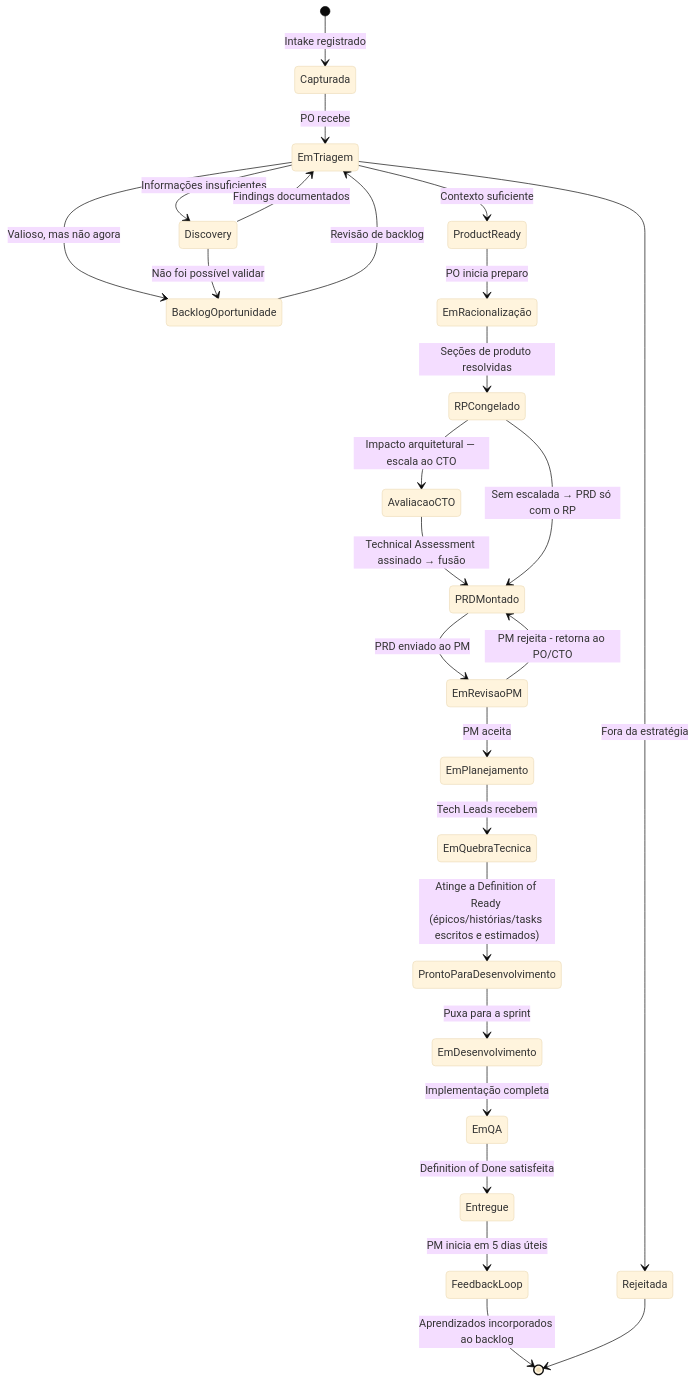
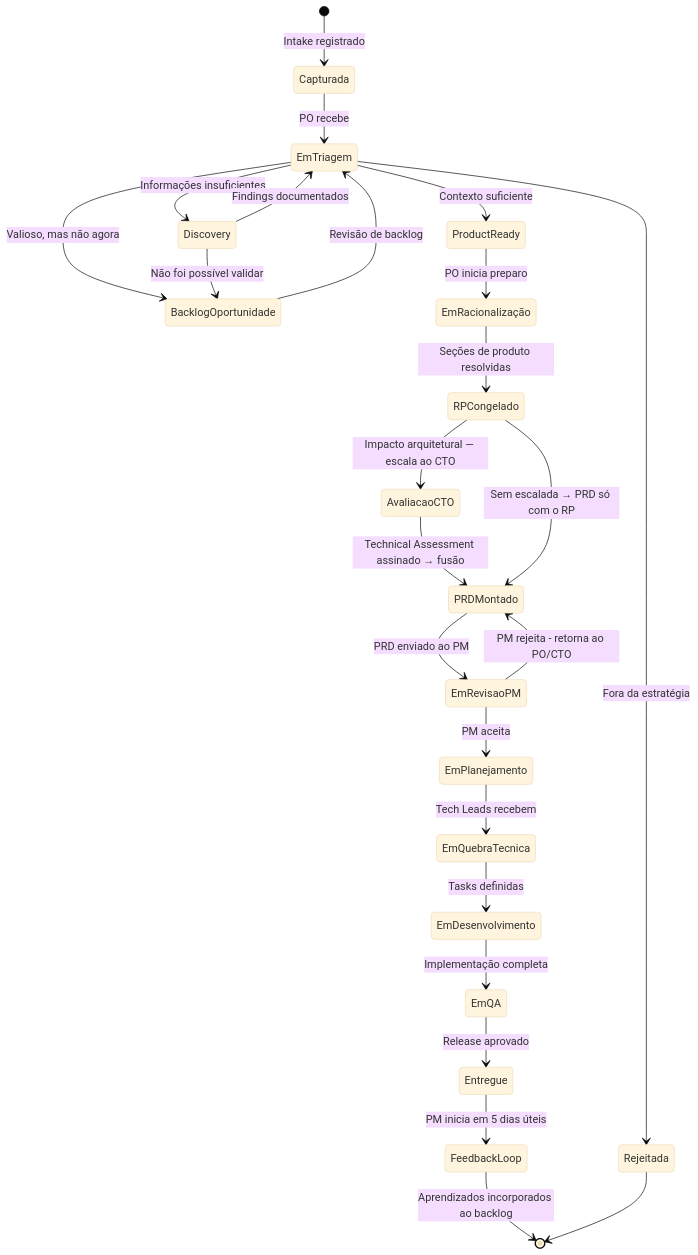
Before and after one commit to hugo-hsbtech/teamwork-process: the ninth of 11 diagrams in README.md, drawn with Mermaid (base theme). The commit also changed other lines of this file and 9 other files, not shown here.

````diff
--- a/README.md
+++ b/README.md
@@ -446,37 +435,36 @@
 ```mermaid
 stateDiagram-v2
     [*] --> Capturada : Intake registrado
 
     Capturada --> EmTriagem : PO recebe
 
     EmTriagem --> Rejeitada : Fora da estratégia
     EmTriagem --> BacklogOportunidade : Valioso, mas não agora
     EmTriagem --> Discovery : Informações insuficientes
     EmTriagem --> ProductReady : Contexto suficiente
 
     Discovery --> EmTriagem : Findings documentados
     Discovery --> BacklogOportunidade : Não foi possível validar
 
     ProductReady --> EmRacionalização : PO inicia preparo
 
     EmRacionalização --> RPCongelado : Seções de produto resolvidas
     RPCongelado --> AvaliacaoCTO : Impacto arquitetural — escala ao CTO
     AvaliacaoCTO --> PRDMontado : Technical Assessment assinado → fusão
     RPCongelado --> PRDMontado : Sem escalada → PRD só com o RP
 
     PRDMontado --> EmRevisaoPM : PRD enviado ao PM
     EmRevisaoPM --> PRDMontado : PM rejeita - retorna ao PO/CTO
     EmRevisaoPM --> EmPlanejamento : PM aceita
 
     EmPlanejamento --> EmQuebraTecnica : Tech Leads recebem
-    EmQuebraTecnica --> ProntoParaDesenvolvimento : Atinge a Definition of Ready (épicos/histórias/tasks escritos e estimados)
-    ProntoParaDesenvolvimento --> EmDesenvolvimento : Puxa para a sprint
+    EmQuebraTecnica --> EmDesenvolvimento : Tasks definidas
     EmDesenvolvimento --> EmQA : Implementação completa
-    EmQA --> Entregue : Definition of Done satisfeita
+    EmQA --> Entregue : Release aprovado
 
     Entregue --> FeedbackLoop : PM inicia em 5 dias úteis
     FeedbackLoop --> [*] : Aprendizados incorporados ao backlog
 
     Rejeitada --> [*]
     BacklogOportunidade --> EmTriagem : Revisão de backlog
 ```
````
